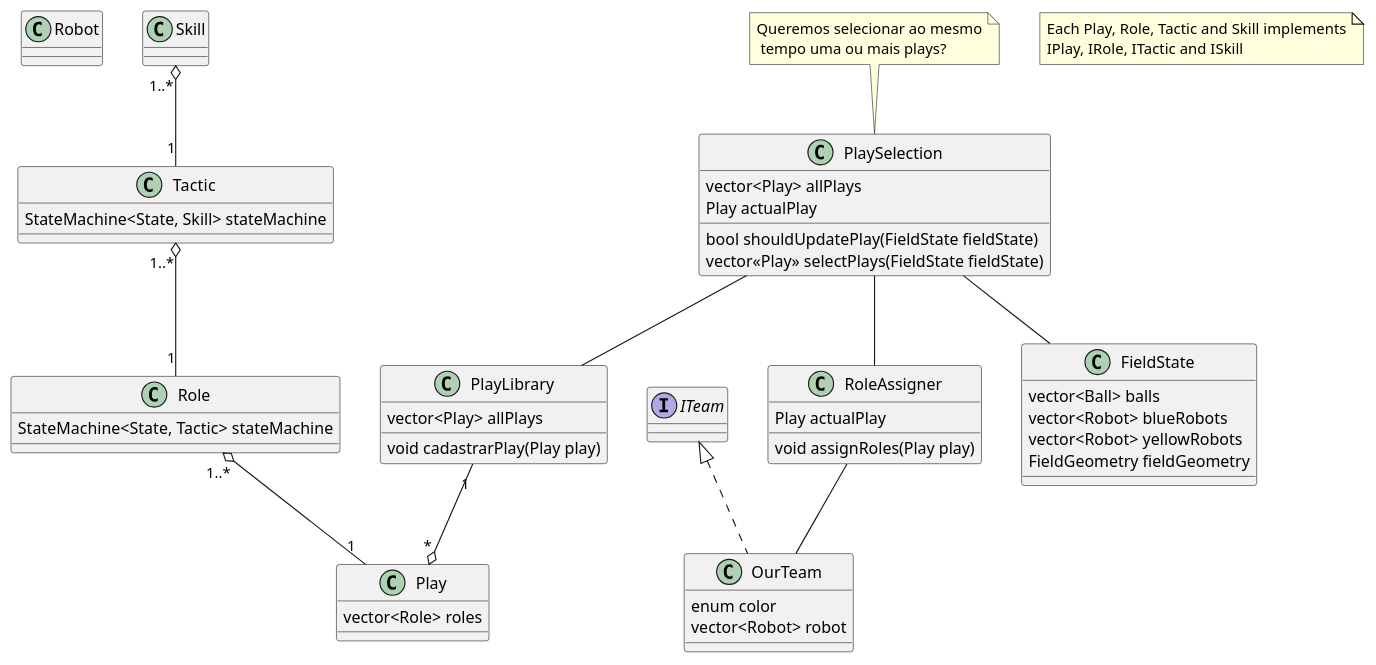
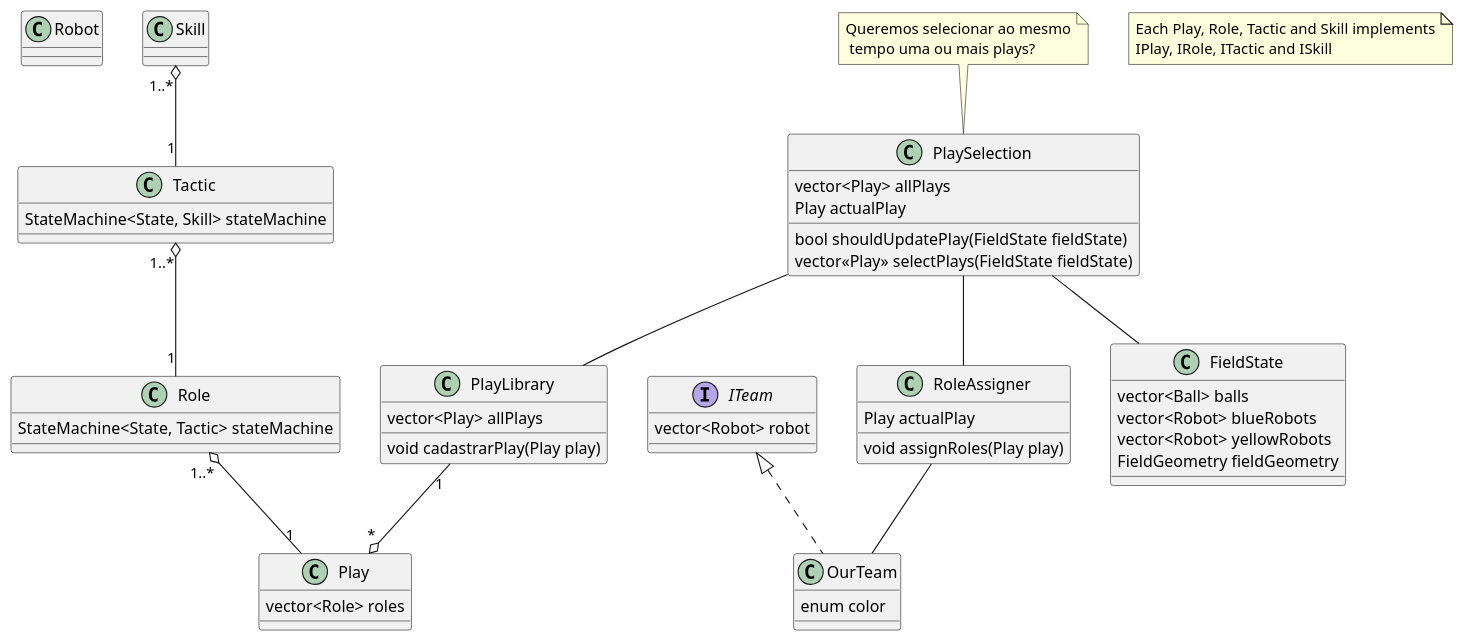
The diagram in docs/diagramas/ai.plantuml (roboime/Phoenixpp), drawn with PlantUML before and after one commit.

Commit message:
alterando diagrama ai

```diff
--- a/docs/diagramas/ai.plantuml
+++ b/docs/diagramas/ai.plantuml
@@ -1,64 +1,65 @@
 @startuml teste
 class Robot {
 
 }
 
 class Skill {
 
 }
 
 class Tactic {
     StateMachine<State, Skill> stateMachine
 }
 
 class Role {
     StateMachine<State, Tactic> stateMachine
 }
 
 class Play {
     vector<Role> roles
 }
 
 class PlayLibrary {
     vector<Play> allPlays
     void cadastrarPlay(Play play)
 }
 
 class RoleAssigner {
     Play actualPlay
     void assignRoles(Play play)
 }
 
 class PlaySelection {
     vector<Play> allPlays
     Play actualPlay
     bool shouldUpdatePlay(FieldState fieldState)
     vector<<Play>> selectPlays(FieldState fieldState)
 }
 
 class FieldState {
     vector<Ball> balls
     vector<Robot> blueRobots
     vector<Robot> yellowRobots
     FieldGeometry fieldGeometry
 }
 
-interface ITeam
+interface ITeam {
+    vector<Robot> robot
+}
 
 class OurTeam implements ITeam {
     enum color
-    vector<Robot> robot
 }
 
 PlayLibrary "1" --o "*" Play
 PlaySelection -- FieldState
 PlaySelection -- RoleAssigner
 PlaySelection -- PlayLibrary
 RoleAssigner -- OurTeam
 Skill "1..*" o-- "1" Tactic
 Tactic "1..*" o-- "1" Role
 Role "1..*" o-- "1" Play
 
 note "Each Play, Role, Tactic and Skill implements\nIPlay, IRole, ITactic and ISkill" as N1
 note top of PlaySelection: Queremos selecionar ao mesmo\n tempo uma ou mais plays?
 @enduml
```
